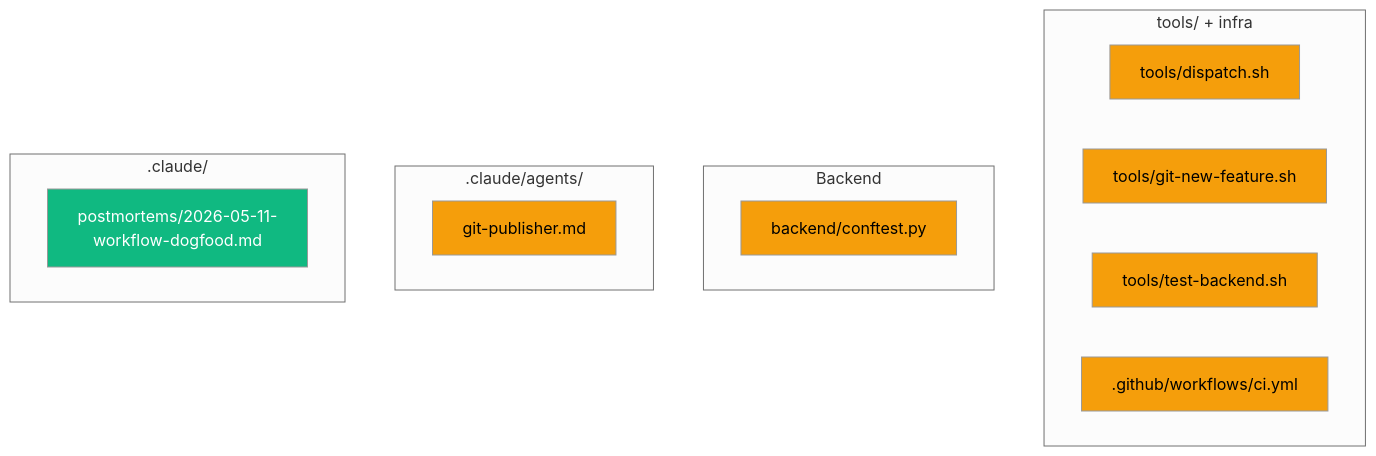
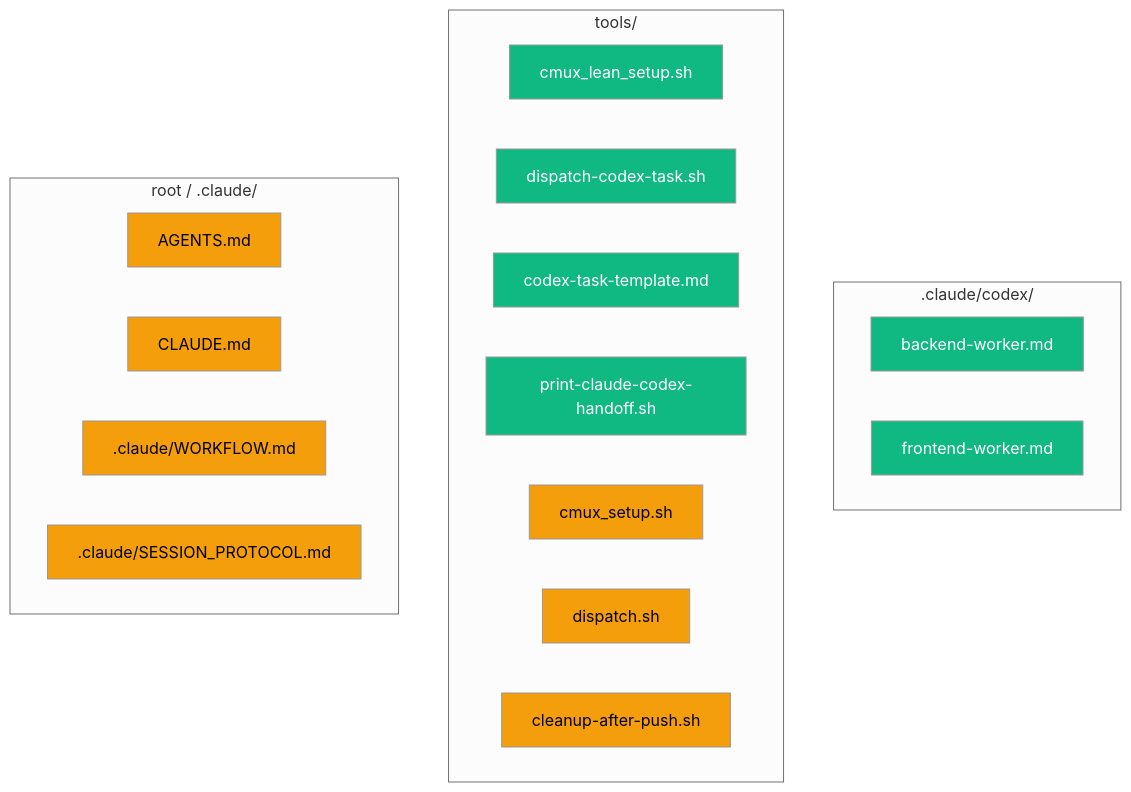
One commit to hongikarchi/archi-tinder changed the eighth of 8 diagrams in .claude/Report.md. Above: the diagram before and after it, drawn with Mermaid (neutral theme). The commit also changed other lines of this file and 4 other files, not shown here.

First line of the commit message:
docs(reporter): post-PR#24 sync — lean workflow rename live + 2 external PRs triaged

````diff
--- a/.claude/Report.md
+++ b/.claude/Report.md
@@ -488,21 +493,25 @@
 ```mermaid
 graph TD
-    subgraph Tooling["tools/ + infra"]
-        dispatch_sh[tools/dispatch.sh]:::modified
-        git_new_feature[tools/git-new-feature.sh]:::modified
-        test_backend[tools/test-backend.sh]:::modified
-        ci_yml[.github/workflows/ci.yml]:::modified
+    subgraph Codex[".claude/codex/"]
+        backend_worker[backend-worker.md]:::new
+        frontend_worker[frontend-worker.md]:::new
     end
-    subgraph Backend
-        conftest_py[backend/conftest.py]:::modified
+    subgraph Tools["tools/"]
+        lean_setup[cmux_lean_setup.sh]:::new
+        dispatch_task[dispatch-codex-task.sh]:::new
+        task_template[codex-task-template.md]:::new
+        print_handoff[print-claude-codex-handoff.sh]:::new
+        cmux_setup[cmux_setup.sh]:::modified
+        dispatch_sh[dispatch.sh]:::modified
+        cleanup[cleanup-after-push.sh]:::modified
     end
-    subgraph Agents[".claude/agents/"]
-        git_publisher[git-publisher.md]:::modified
-    end
-    subgraph Docs[".claude/"]
-        postmortem[postmortems/2026-05-11-workflow-dogfood.md]:::new
+    subgraph Root["root / .claude/"]
+        agents_md[AGENTS.md]:::modified
+        claude_md[CLAUDE.md]:::modified
+        workflow_md[.claude/WORKFLOW.md]:::modified
+        session_proto[.claude/SESSION_PROTOCOL.md]:::modified
     end
 
     classDef new fill:#10b981,color:#fff
     classDef modified fill:#f59e0b,color:#000
 ```
````
